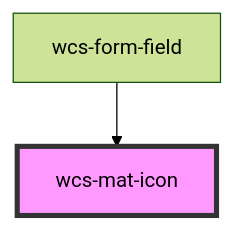
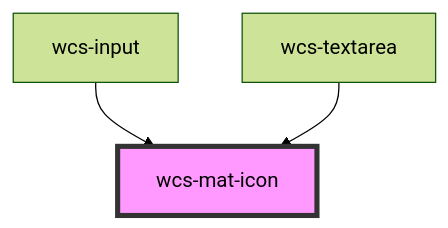
The diagram in src/components/mat-icon/readme.md (SNCFdevelopers/wcs), drawn with Mermaid (forest theme) before and after one commit. The commit also changed other lines of this file and 35 other files, not shown here.

Commit message:
feat(input,textarea): add input and textarea components to simplify the form-field and the implementation of new component on top of those

````diff
--- a/src/components/mat-icon/readme.md
+++ b/src/components/mat-icon/readme.md
@@ -47,5 +48,6 @@
 ```mermaid
 graph TD;
-  wcs-form-field --> wcs-mat-icon
+  wcs-input --> wcs-mat-icon
+  wcs-textarea --> wcs-mat-icon
   style wcs-mat-icon fill:#f9f,stroke:#333,stroke-width:4px
 ```
````
